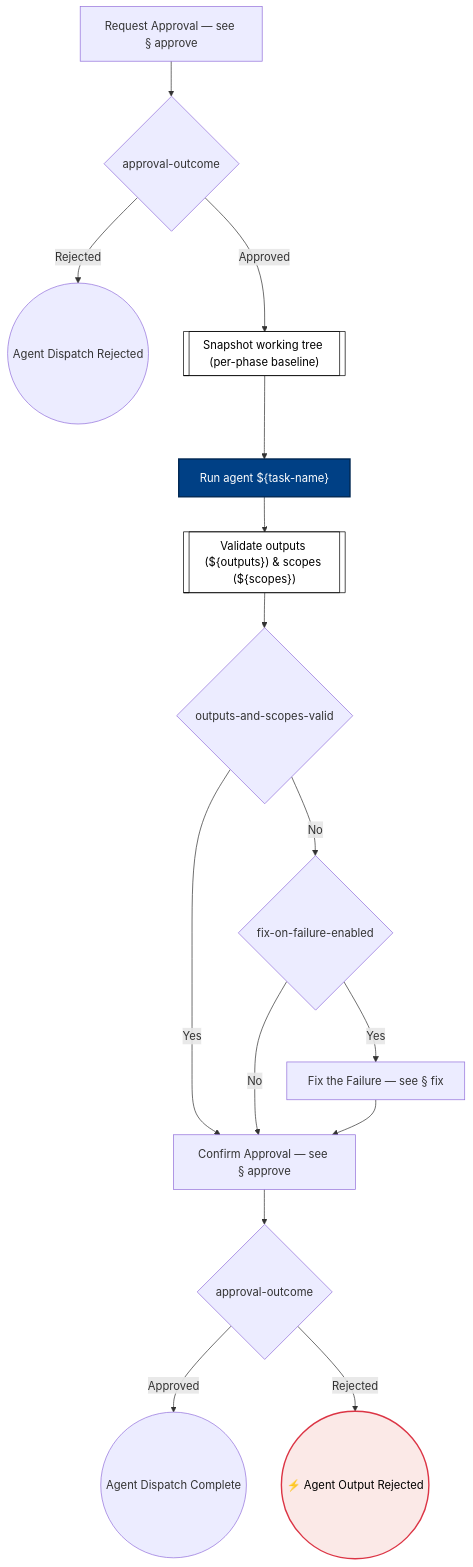
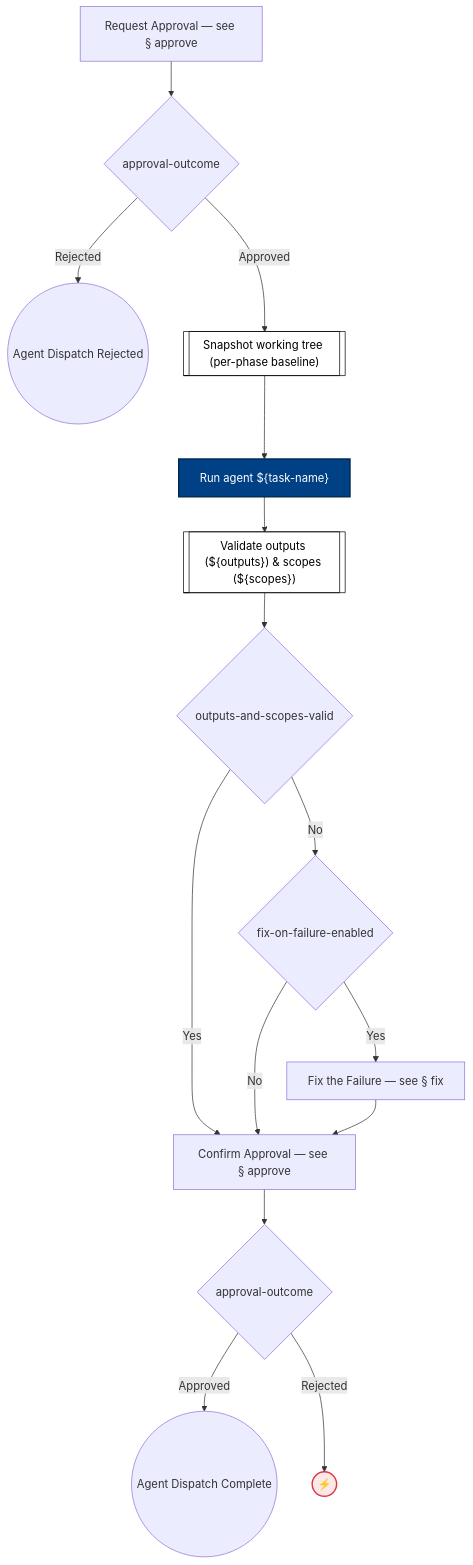
Before and after one commit to optivem/gh-optivem: diagram 47 of 53 in docs/process-diagram.md, drawn with Mermaid. The commit also changed other lines of this file and 1 other file, not shown here.

First line of the commit message:
atdd: shrink event circles in process diagrams

````diff
--- a/docs/process-diagram.md
+++ b/docs/process-diagram.md
@@ -711,40 +713,40 @@
 ```mermaid
 flowchart TD
     APPROVE_POST[Confirm Approval — see § approve]
     APPROVE_PRE[Request Approval — see § approve]
     EXECUTE_AGENT_END((Agent Dispatch Complete))
-    EXECUTE_AGENT_OUTPUT_REJECTED_END((⚡ Agent Output Rejected))
+    EXECUTE_AGENT_OUTPUT_REJECTED_END((⚡))
     EXECUTE_AGENT_REJECTED_END((Agent Dispatch Rejected))
     FIX[Fix the Failure — see § fix]
     GATE_APPROVED_POST{approval-outcome}
     GATE_APPROVED_PRE{approval-outcome}
     GATE_FIX_ON_FAILURE{fix-on-failure-enabled}
     GATE_OUTPUTS_AND_SCOPES_VALID{outputs-and-scopes-valid}
     RUN_AGENT["Run agent ${task-name}"]
     SNAPSHOT_WORKING_TREE[["Snapshot working tree (per-phase baseline)"]]
     VALIDATE_OUTPUTS_AND_SCOPES[["Validate outputs (${outputs}) & scopes (${scopes})"]]
 
     APPROVE_PRE --> GATE_APPROVED_PRE
     GATE_APPROVED_PRE -- Approved --> SNAPSHOT_WORKING_TREE
     GATE_APPROVED_PRE -- Rejected --> EXECUTE_AGENT_REJECTED_END
     SNAPSHOT_WORKING_TREE --> RUN_AGENT
     RUN_AGENT --> VALIDATE_OUTPUTS_AND_SCOPES
     VALIDATE_OUTPUTS_AND_SCOPES --> GATE_OUTPUTS_AND_SCOPES_VALID
     GATE_OUTPUTS_AND_SCOPES_VALID -- Yes --> APPROVE_POST
     GATE_OUTPUTS_AND_SCOPES_VALID -- No --> GATE_FIX_ON_FAILURE
     GATE_FIX_ON_FAILURE -- Yes --> FIX
     GATE_FIX_ON_FAILURE -- No --> APPROVE_POST
     FIX --> APPROVE_POST
     APPROVE_POST --> GATE_APPROVED_POST
     GATE_APPROVED_POST -- Approved --> EXECUTE_AGENT_END
     GATE_APPROVED_POST -- Rejected --> EXECUTE_AGENT_OUTPUT_REJECTED_END
 
     classDef serviceNode fill:#ffffff,stroke:#000000,stroke-width:1px,color:#000000
     class SNAPSHOT_WORKING_TREE,VALIDATE_OUTPUTS_AND_SCOPES serviceNode
 
     classDef agentNode fill:#004085,stroke:#002752,stroke-width:2px,color:#ffffff
     class RUN_AGENT agentNode
 
     classDef errorEndNode fill:#fbe9e7,stroke:#dc3545,stroke-width:2px,color:#000000
     class EXECUTE_AGENT_OUTPUT_REJECTED_END errorEndNode
 ```
````
